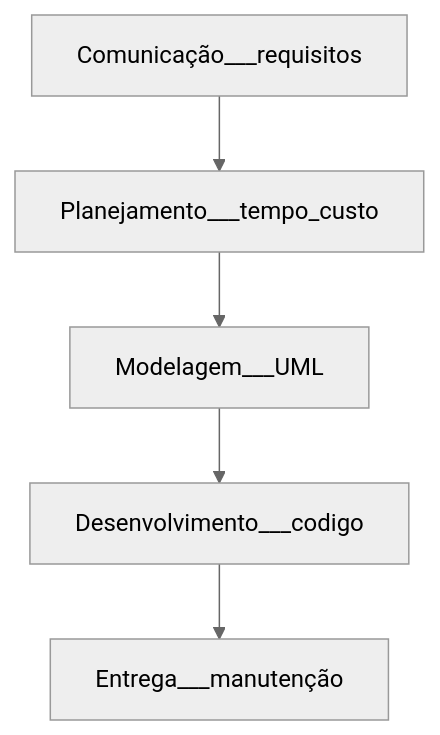
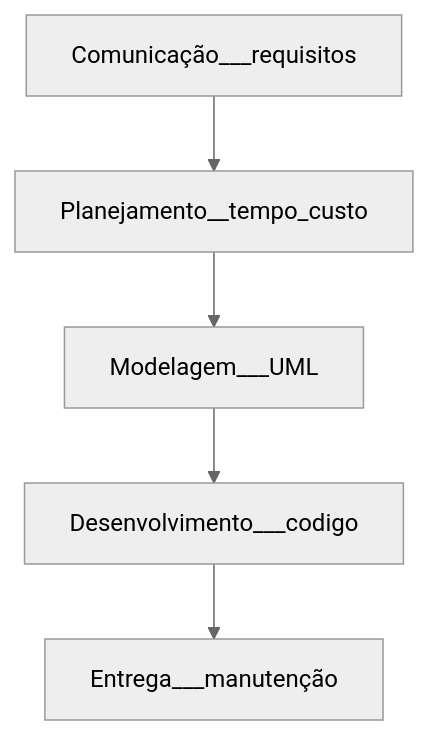
The diagram in Engenharia e Requisitos de Software/aula_05 19.03.md (vanessacezarn/3_Semestre), drawn with Mermaid (neutral theme) before and after one commit.

Commit message:
Update aula_05 19.03.md

````diff
--- a/Engenharia e Requisitos de Software/aula_05 19.03.md
+++ b/Engenharia e Requisitos de Software/aula_05 19.03.md
@@ -5,8 +5,8 @@
 ```mermaid
 graph TD;
-    Comunicação___requisitos --> Planejamento___tempo_custo;
-    Planejamento___tempo_custo --> Modelagem___UML
+    Comunicação___requisitos --> Planejamento__tempo_custo;
+    Planejamento__tempo_custo --> Modelagem___UML
     Modelagem___UML --> Desenvolvimento___codigo
     Desenvolvimento___codigo --> Entrega___manutenção
         
 ```
````
